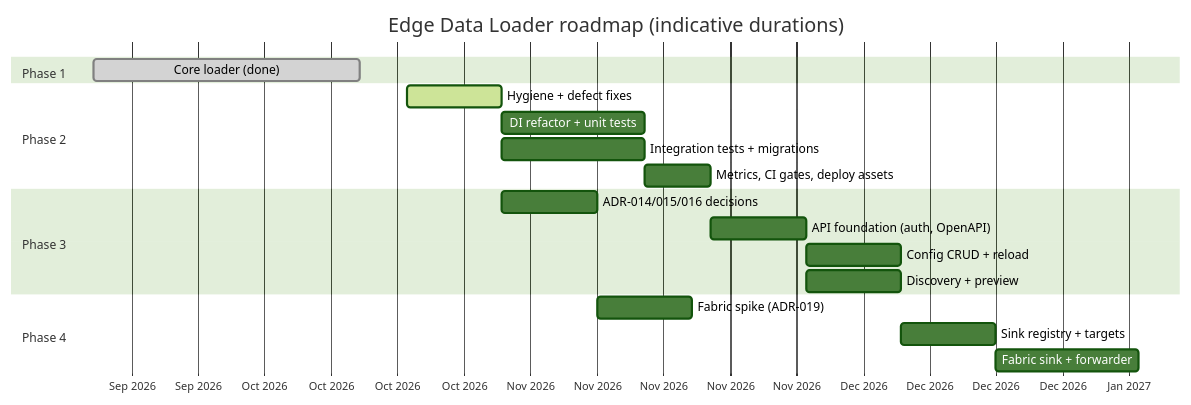
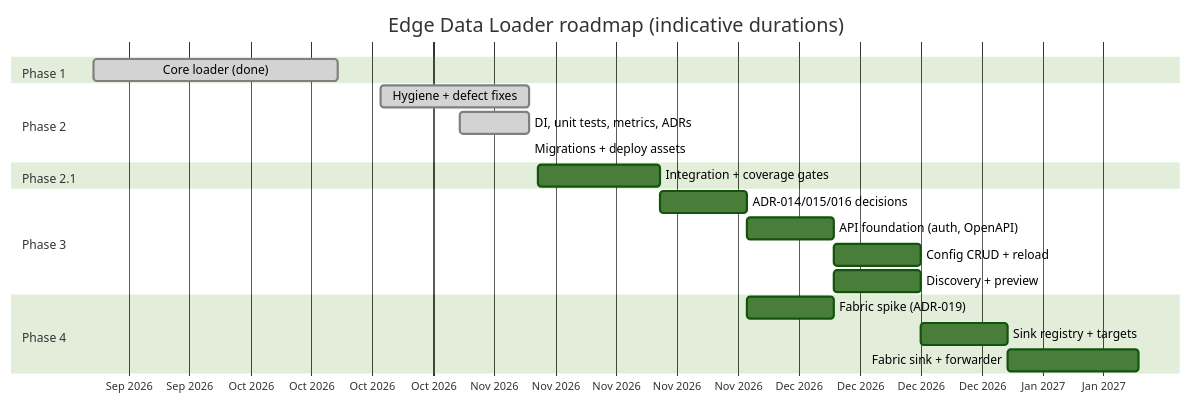
Before and after one commit to slaghuis/data-loader: the diagram in docs/03-implementation-plan.md, drawn with Mermaid (forest theme). The commit also changed other lines of this file and 26 other files, not shown here.

First line of the commit message:
feat: accept ADR-020/021 and close out Phase 2 operationally

````diff
--- a/docs/03-implementation-plan.md
+++ b/docs/03-implementation-plan.md
@@ -17,22 +18,23 @@
 ```mermaid
 gantt
     title Edge Data Loader roadmap (indicative durations)
     dateFormat  YYYY-MM-DD
     axisFormat  %b %Y
     section Phase 1
     Core loader (done)                 :done,    p1, 2026-09-16, 2026-10-14
     section Phase 2
-    Hygiene + defect fixes             :active,  p2a, 2026-10-19, 10d
-    DI refactor + unit tests           :         p2b, after p2a, 15d
-    Integration tests + migrations     :         p2c, after p2a, 15d
-    Metrics, CI gates, deploy assets   :         p2d, after p2b, 7d
+    Hygiene + defect fixes             :done,    p2a, 2026-10-19, 2026-11-05
+    DI, unit tests, metrics, ADRs      :done,    p2b, 2026-10-28, 2026-11-05
+    Migrations + deploy assets         :done,    p2c, 2026-11-05, 2026-11-05
+    section Phase 2.1
+    Integration + coverage gates       :         p21, 2026-11-06, 14d
     section Phase 3
-    ADR-014/015/016 decisions          :         p3a, after p2a, 10d
-    API foundation (auth, OpenAPI)     :         p3b, after p2d, 10d
+    ADR-014/015/016 decisions          :         p3a, after p21, 10d
+    API foundation (auth, OpenAPI)     :         p3b, after p3a, 10d
     Config CRUD + reload               :         p3c, after p3b, 10d
     Discovery + preview                :         p3d, after p3b, 10d
     section Phase 4
     Fabric spike (ADR-019)             :         p4a, after p3a, 10d
     Sink registry + targets            :         p4b, after p3c, 10d
     Fabric sink + forwarder            :         p4c, after p4b, 15d
 ```
````
